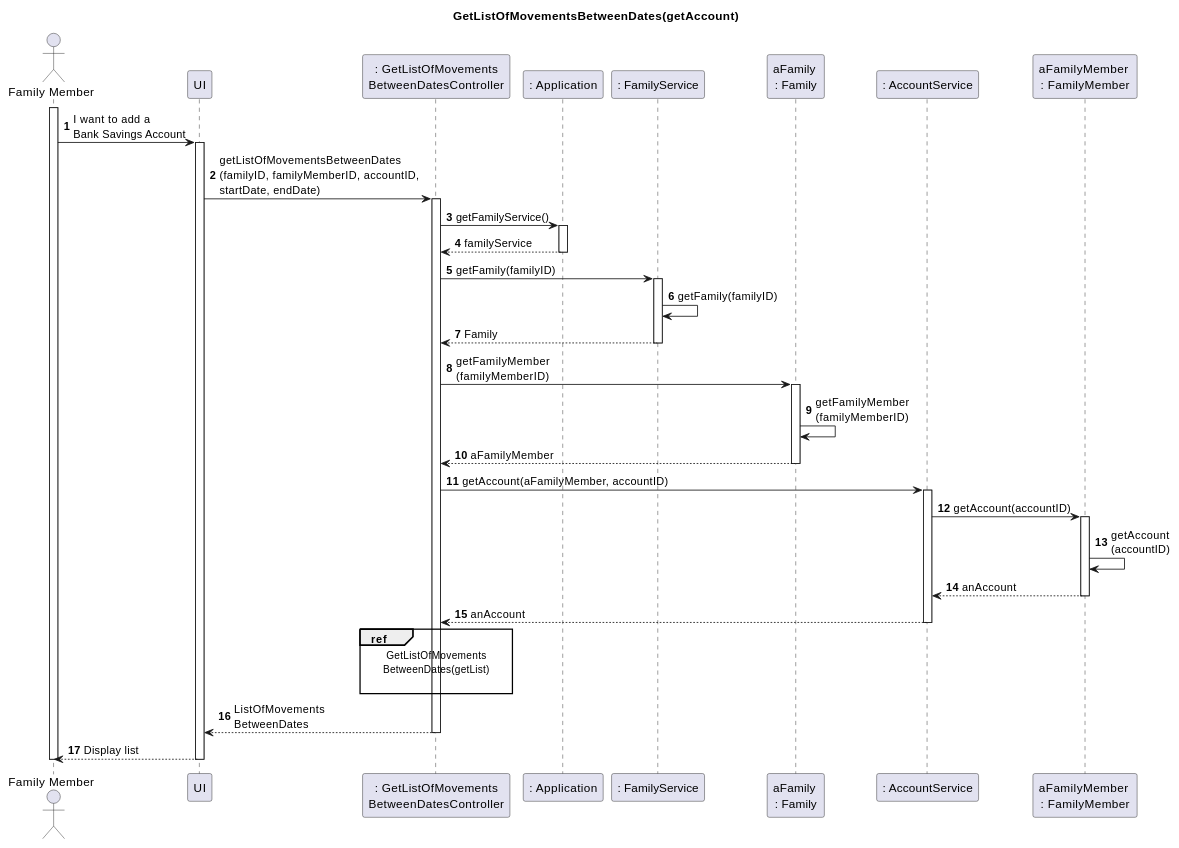
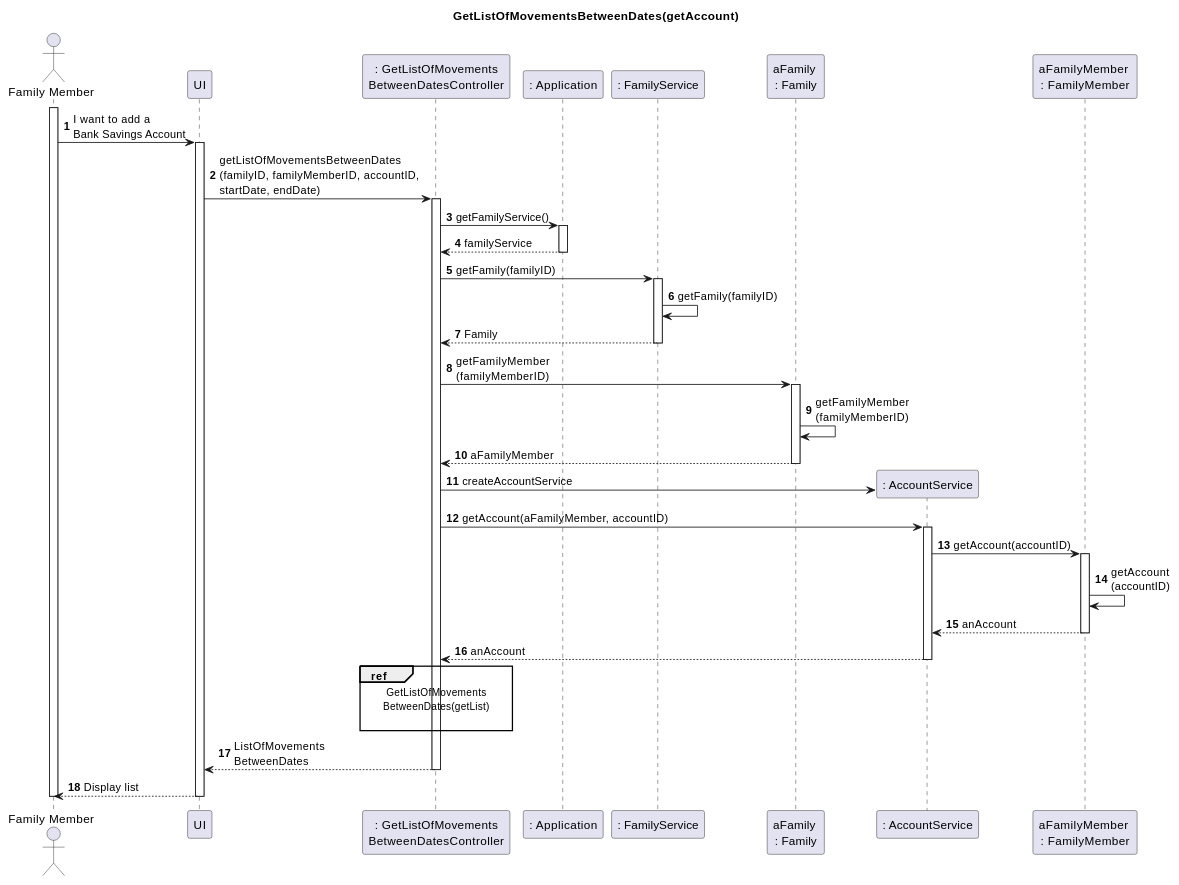
Before and after one commit to tomas-osswald/switch_2020_g3: the second of 4 diagrams in docs/sprint2/user_stories/US186_GetListOfMovementsBetweenDates.md, drawn with PlantUML. The commit also changed other lines of this file and 1 other file, not shown here.

`````diff
--- a/docs/sprint2/user_stories/US186_GetListOfMovementsBetweenDates.md
+++ b/docs/sprint2/user_stories/US186_GetListOfMovementsBetweenDates.md
@@ -69,60 +69,61 @@
 ````puml
 autonumber
 
 title GetListOfMovementsBetweenDates(getAccount)
 actor "Family Member" as FamilyMember
 participant "UI" as UI
 participant ": GetListOfMovements\nBetweenDatesController" as Controller
 participant ": Application" as App
 participant ": FamilyService" as FamilyService
 participant "aFamily \n: Family" as Family
 participant ": AccountService" as AccountService
 participant "aFamilyMember \n: FamilyMember" as aFamilyMember
 
 activate FamilyMember
 FamilyMember -> UI: I want to add a \nBank Savings Account
 activate UI
 UI -> Controller : getListOfMovementsBetweenDates\n(familyID, familyMemberID, accountID, \nstartDate, endDate)
 activate Controller
 
 Controller -> App : getFamilyService()
 activate App
 App --> Controller : familyService
 deactivate App
 
 Controller -> FamilyService : getFamily(familyID)
 activate FamilyService
 FamilyService -> FamilyService : getFamily(familyID)
 FamilyService --> Controller : Family
 deactivate FamilyService
 
 Controller -> Family : getFamilyMember\n(familyMemberID)
 Activate Family
 Family -> Family : getFamilyMember\n(familyMemberID)
 Family --> Controller : aFamilyMember
 Deactivate Family
 
+Controller -> AccountService ** : createAccountService
 Controller -> AccountService : getAccount(aFamilyMember, accountID)
 activate AccountService
 
 AccountService -> aFamilyMember : getAccount(accountID)
 activate aFamilyMember
 aFamilyMember -> aFamilyMember : getAccount\n(accountID)
 aFamilyMember --> AccountService : anAccount
 deactivate aFamilyMember
 
 AccountService --> Controller : anAccount
 deactivate AccountService
 
 ref over Controller
 GetListOfMovements
 BetweenDates(getList)
 
 end ref
 
 Controller --> UI : ListOfMovements\nBetweenDates
 deactivate Controller
 UI --> FamilyMember : Display list
 deactivate UI
 deactivate FamilyMember
 ````
`````
